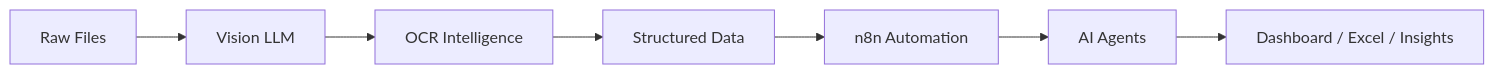
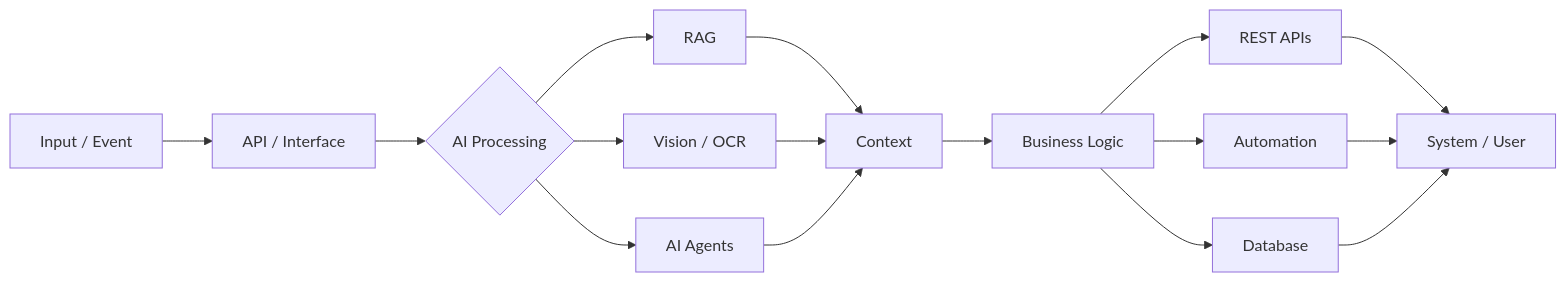
The diagram in README.md (bharathvk75/bharathvk75), drawn with Mermaid before and after one commit. The commit also changed other lines of this file, not shown here.

````diff
--- a/README.md
+++ b/README.md
@@ -112,10 +210,25 @@
 ```mermaid
 flowchart LR
 
-A[Raw Files] --> B[Vision LLM]
-B --> C[OCR Intelligence]
-C --> D[Structured Data]
-D --> E[n8n Automation]
-E --> F[AI Agents]
-F --> G[Dashboard / Excel / Insights]
+    A[Input / Event] --> B[API / Interface]
+
+    B --> C{AI Processing}
+
+    C --> D[RAG]
+    C --> E[Vision / OCR]
+    C --> F[AI Agents]
+
+    D --> G[Context]
+    E --> G
+    F --> G
+
+    G --> H[Business Logic]
+
+    H --> I[REST APIs]
+    H --> J[Automation]
+    H --> K[Database]
+
+    I --> L[System / User]
+    J --> L
+    K --> L
 ```
````
